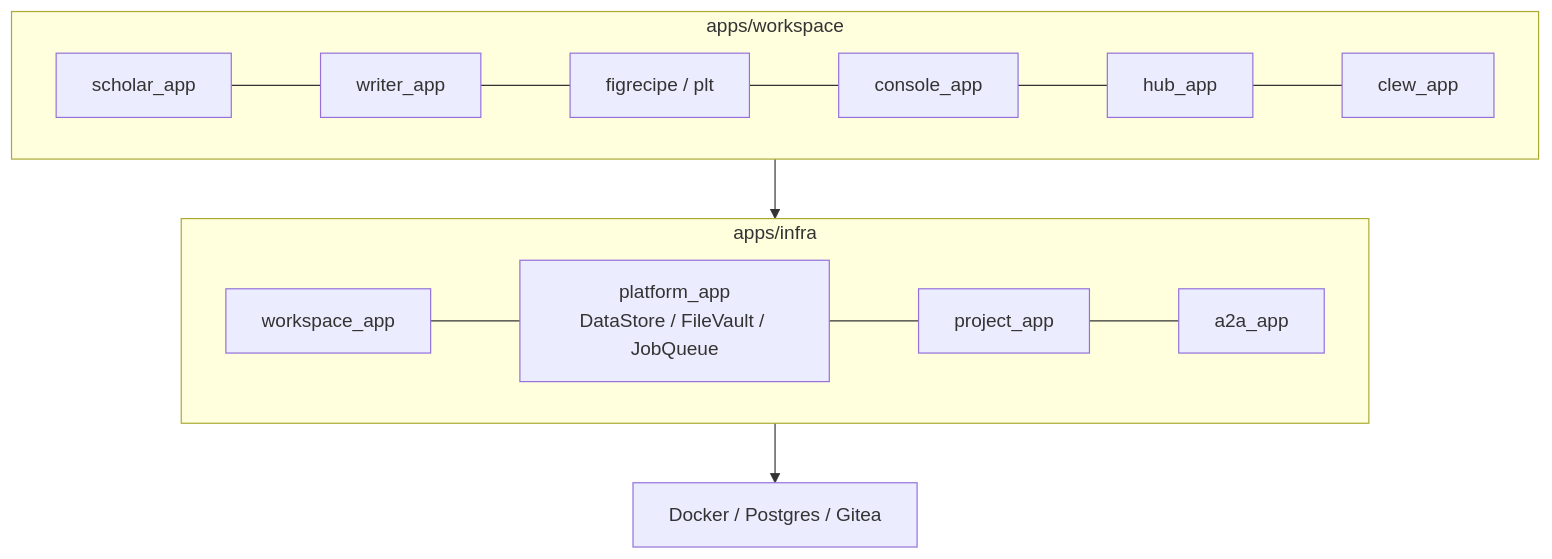
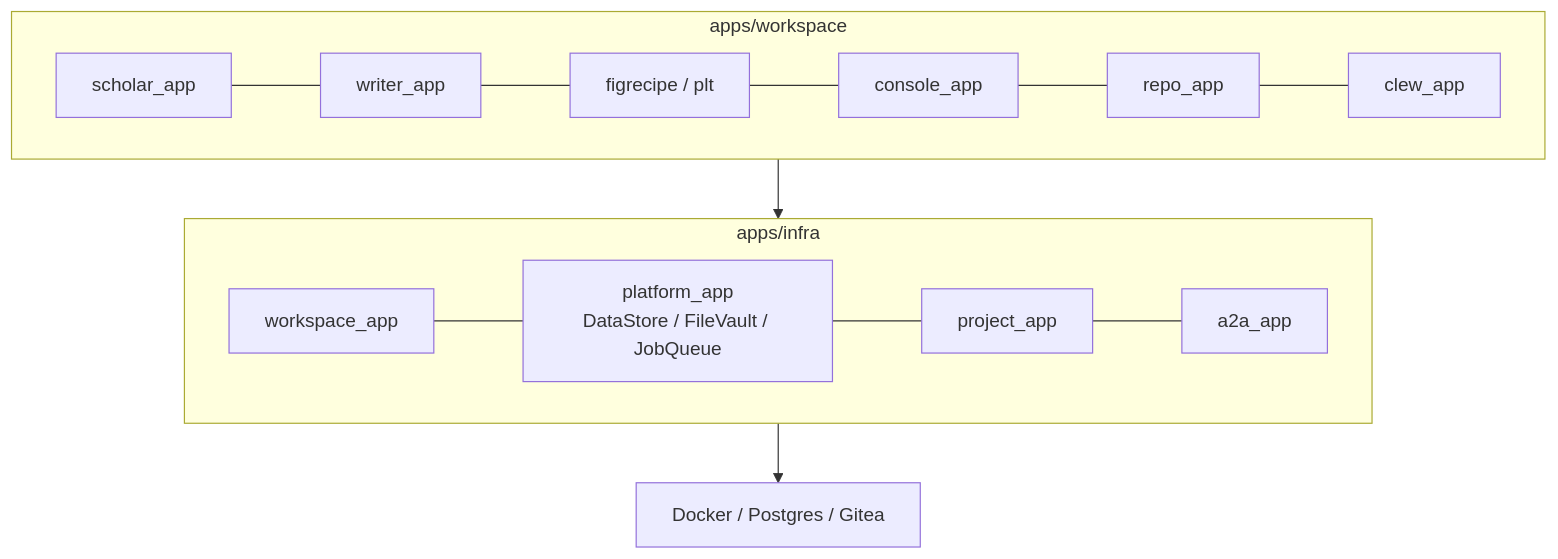
Before and after one commit to scitex-ai/scitex-hub: the diagram in README.md, drawn with Mermaid. The commit also changed other lines of this file and 63 other files, not shown here.

First line of the commit message:
refactor(rename): hub_app -> repo_app (sub-app, Step D)

````diff
--- a/README.md
+++ b/README.md
@@ -100,17 +100,17 @@
 ```mermaid
 graph TB
     subgraph workspace[apps/workspace]
         S[scholar_app] --- W[writer_app]
         W --- F[figrecipe / plt]
         F --- CN[console_app]
-        CN --- H[hub_app]
+        CN --- H[repo_app]
         H --- CW[clew_app]
     end
     subgraph infra[apps/infra]
         WS[workspace_app] --- PA[platform_app<br/>DataStore / FileVault / JobQueue]
         PA --- PR[project_app]
         PR --- A2[a2a_app]
     end
     workspace --> infra
     infra --> DK[Docker / Postgres / Gitea]
 ```
````
